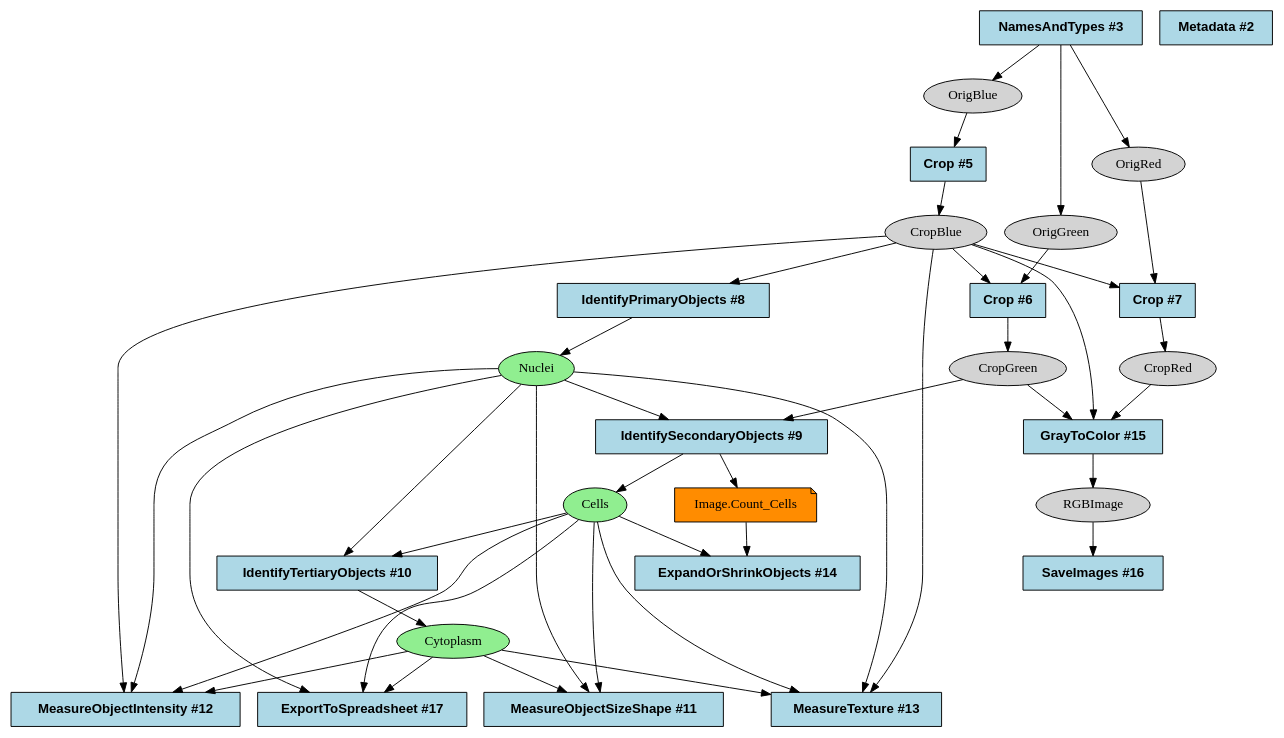
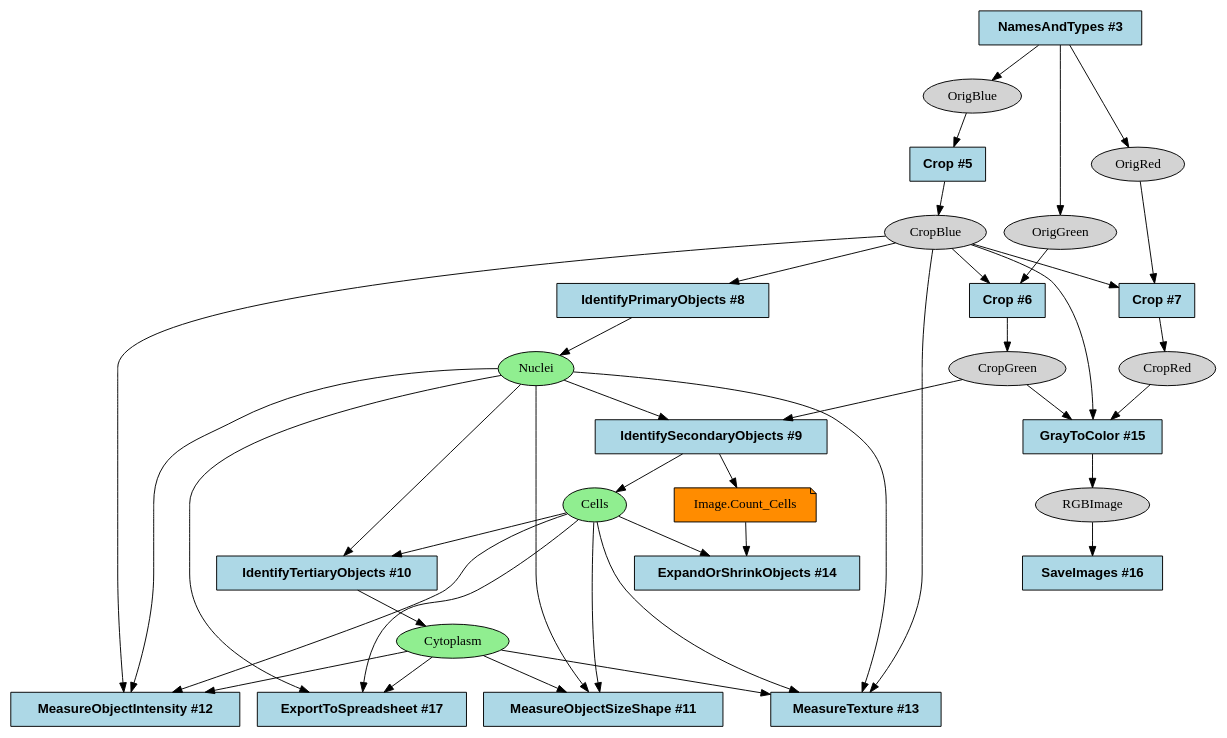
One commit to shntnu/cp_graph changed the diagram in examples/output/ExampleFly-measurement.dot. Above: the diagram before and after it, drawn with Graphviz. The commit also changed 2 other files, not shown here.

```diff
--- a/examples/output/ExampleFly-measurement.dot
+++ b/examples/output/ExampleFly-measurement.dot
@@ -1,69 +1,68 @@
 strict digraph {
 Crop_3338c939 [type=module, label="Crop #6", module_name=Crop, module_num=6, original_num=6, stable_id="Crop_3338c939", enabled=True, shape=box, style=filled, fontname="Helvetica-Bold", fillcolor=lightblue];
 Crop_69178e56 [type=module, label="Crop #5", module_name=Crop, module_num=5, original_num=5, stable_id="Crop_69178e56", enabled=True, shape=box, style=filled, fontname="Helvetica-Bold", fillcolor=lightblue];
 Crop_c899f862 [type=module, label="Crop #7", module_name=Crop, module_num=7, original_num=7, stable_id="Crop_c899f862", enabled=True, shape=box, style=filled, fontname="Helvetica-Bold", fillcolor=lightblue];
 ExpandOrShrinkObjects_69eed197 [type=module, label="ExpandOrShrinkObjects #14", module_name=ExpandOrShrinkObjects, module_num=14, original_num=14, stable_id="ExpandOrShrinkObjects_69eed197", enabled=True, shape=box, style=filled, fontname="Helvetica-Bold", fillcolor=lightblue];
 ExportToSpreadsheet_33e152a1 [type=module, label="ExportToSpreadsheet #17", module_name=ExportToSpreadsheet, module_num=17, original_num=17, stable_id="ExportToSpreadsheet_33e152a1", enabled=True, shape=box, style=filled, fontname="Helvetica-Bold", fillcolor=lightblue];
 GrayToColor_dc85e759 [type=module, label="GrayToColor #15", module_name=GrayToColor, module_num=15, original_num=15, stable_id="GrayToColor_dc85e759", enabled=True, shape=box, style=filled, fontname="Helvetica-Bold", fillcolor=lightblue];
 IdentifyPrimaryObjects_607bf3ab [type=module, label="IdentifyPrimaryObjects #8", module_name=IdentifyPrimaryObjects, module_num=8, original_num=8, stable_id="IdentifyPrimaryObjects_607bf3ab", enabled=True, shape=box, style=filled, fontname="Helvetica-Bold", fillcolor=lightblue];
 IdentifySecondaryObjects_68fc4233 [type=module, label="IdentifySecondaryObjects #9", module_name=IdentifySecondaryObjects, module_num=9, original_num=9, stable_id="IdentifySecondaryObjects_68fc4233", enabled=True, shape=box, style=filled, fontname="Helvetica-Bold", fillcolor=lightblue];
 IdentifyTertiaryObjects_81f6518a [type=module, label="IdentifyTertiaryObjects #10", module_name=IdentifyTertiaryObjects, module_num=10, original_num=10, stable_id="IdentifyTertiaryObjects_81f6518a", enabled=True, shape=box, style=filled, fontname="Helvetica-Bold", fillcolor=lightblue];
 MeasureObjectIntensity_d08e8dd [type=module, label="MeasureObjectIntensity #12", module_name=MeasureObjectIntensity, module_num=12, original_num=12, stable_id="MeasureObjectIntensity_d08e8dd", enabled=True, shape=box, style=filled, fontname="Helvetica-Bold", fillcolor=lightblue];
 MeasureObjectSizeShape_b98e5e63 [type=module, label="MeasureObjectSizeShape #11", module_name=MeasureObjectSizeShape, module_num=11, original_num=11, stable_id="MeasureObjectSizeShape_b98e5e63", enabled=True, shape=box, style=filled, fontname="Helvetica-Bold", fillcolor=lightblue];
 MeasureTexture_f5144687 [type=module, label="MeasureTexture #13", module_name=MeasureTexture, module_num=13, original_num=13, stable_id="MeasureTexture_f5144687", enabled=True, shape=box, style=filled, fontname="Helvetica-Bold", fillcolor=lightblue];
-Metadata_949c9235 [type=module, label="Metadata #2", module_name=Metadata, module_num=2, original_num=2, stable_id="Metadata_949c9235", enabled=True, shape=box, style=filled, fontname="Helvetica-Bold", fillcolor=lightblue];
 NamesAndTypes_877c906e [type=module, label="NamesAndTypes #3", module_name=NamesAndTypes, module_num=3, original_num=3, stable_id="NamesAndTypes_877c906e", enabled=True, shape=box, style=filled, fontname="Helvetica-Bold", fillcolor=lightblue];
 SaveImages_84040f13 [type=module, label="SaveImages #16", module_name=SaveImages, module_num=16, original_num=16, stable_id="SaveImages_84040f13", enabled=True, shape=box, style=filled, fontname="Helvetica-Bold", fillcolor=lightblue];
 image__CropBlue [type=image, label=CropBlue, shape=ellipse, style=filled, fillcolor=lightgray];
 image__CropGreen [type=image, label=CropGreen, shape=ellipse, style=filled, fillcolor=lightgray];
 image__CropRed [type=image, label=CropRed, shape=ellipse, style=filled, fillcolor=lightgray];
 image__OrigBlue [type=image, label=OrigBlue, shape=ellipse, style=filled, fillcolor=lightgray];
 image__OrigGreen [type=image, label=OrigGreen, shape=ellipse, style=filled, fillcolor=lightgray];
 image__OrigRed [type=image, label=OrigRed, shape=ellipse, style=filled, fillcolor=lightgray];
 image__RGBImage [type=image, label=RGBImage, shape=ellipse, style=filled, fillcolor=lightgray];
 "measurement__Image.Count_Cells" [type=measurement, label="Image.Count_Cells", shape=note, style=filled, fillcolor=darkorange];
 object__Cells [type=object, label=Cells, shape=ellipse, style=filled, fillcolor=lightgreen];
 object__Cytoplasm [type=object, label=Cytoplasm, shape=ellipse, style=filled, fillcolor=lightgreen];
 object__Nuclei [type=object, label=Nuclei, shape=ellipse, style=filled, fillcolor=lightgreen];
 Crop_3338c939 -> image__CropGreen [type="image_output"];
 Crop_69178e56 -> image__CropBlue [type="image_output"];
 Crop_c899f862 -> image__CropRed [type="image_output"];
 GrayToColor_dc85e759 -> image__RGBImage [type="image_output"];
 IdentifyPrimaryObjects_607bf3ab -> object__Nuclei [type="object_output"];
 IdentifySecondaryObjects_68fc4233 -> "measurement__Image.Count_Cells" [type="measurement_output"];
 IdentifySecondaryObjects_68fc4233 -> object__Cells [type="object_output"];
 IdentifyTertiaryObjects_81f6518a -> object__Cytoplasm [type="object_output"];
 NamesAndTypes_877c906e -> image__OrigBlue [type="image_output"];
 NamesAndTypes_877c906e -> image__OrigGreen [type="image_output"];
 NamesAndTypes_877c906e -> image__OrigRed [type="image_output"];
 image__CropBlue -> Crop_3338c939 [type="image_input"];
 image__CropBlue -> Crop_c899f862 [type="image_input"];
 image__CropBlue -> GrayToColor_dc85e759 [type="image_input"];
 image__CropBlue -> IdentifyPrimaryObjects_607bf3ab [type="image_input"];
 image__CropBlue -> MeasureObjectIntensity_d08e8dd [type="image_input"];
 image__CropBlue -> MeasureTexture_f5144687 [type="image_input"];
 image__CropGreen -> GrayToColor_dc85e759 [type="image_input"];
 image__CropGreen -> IdentifySecondaryObjects_68fc4233 [type="image_input"];
 image__CropRed -> GrayToColor_dc85e759 [type="image_input"];
 image__OrigBlue -> Crop_69178e56 [type="image_input"];
 image__OrigGreen -> Crop_3338c939 [type="image_input"];
 image__OrigRed -> Crop_c899f862 [type="image_input"];
 image__RGBImage -> SaveImages_84040f13 [type="image_input"];
 "measurement__Image.Count_Cells" -> ExpandOrShrinkObjects_69eed197 [type="measurement_input"];
 object__Cells -> ExpandOrShrinkObjects_69eed197 [type="object_input"];
 object__Cells -> ExportToSpreadsheet_33e152a1 [type="object_input"];
 object__Cells -> IdentifyTertiaryObjects_81f6518a [type="object_input"];
 object__Cells -> MeasureObjectIntensity_d08e8dd [type="object_input"];
 object__Cells -> MeasureObjectSizeShape_b98e5e63 [type="object_input"];
 object__Cells -> MeasureTexture_f5144687 [type="object_input"];
 object__Cytoplasm -> ExportToSpreadsheet_33e152a1 [type="object_input"];
 object__Cytoplasm -> MeasureObjectIntensity_d08e8dd [type="object_input"];
 object__Cytoplasm -> MeasureObjectSizeShape_b98e5e63 [type="object_input"];
 object__Cytoplasm -> MeasureTexture_f5144687 [type="object_input"];
 object__Nuclei -> ExportToSpreadsheet_33e152a1 [type="object_input"];
 object__Nuclei -> IdentifySecondaryObjects_68fc4233 [type="object_input"];
 object__Nuclei -> IdentifyTertiaryObjects_81f6518a [type="object_input"];
 object__Nuclei -> MeasureObjectIntensity_d08e8dd [type="object_input"];
 object__Nuclei -> MeasureObjectSizeShape_b98e5e63 [type="object_input"];
 object__Nuclei -> MeasureTexture_f5144687 [type="object_input"];
 }
```
